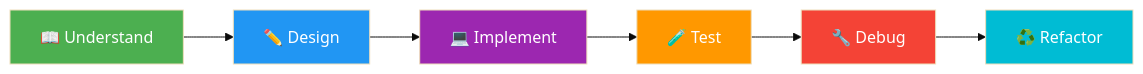
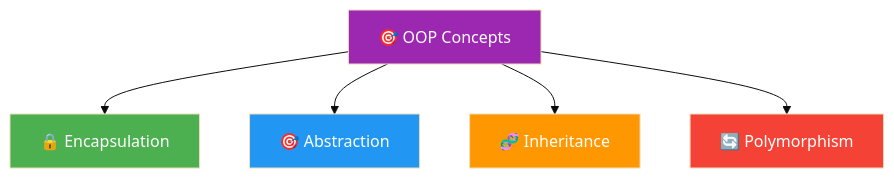
One commit to Lagmouchyoussef/java-oop-bank-library changed the first of 4 diagrams in README.md. Above: the diagram before and after it, drawn with Mermaid (base theme). The commit also changed other lines of this file, not shown here.

````diff
--- a/README.md
+++ b/README.md
@@ -273,15 +52,13 @@
 ```mermaid
-flowchart LR
-    A[📖 Understand] --> B[✏️ Design]
-    B --> C[💻 Implement]
-    C --> D[🧪 Test]
-    D --> E[🔧 Debug]
-    E --> F[♻️ Refactor]
+flowchart TB
+    OOP[🎯 OOP Concepts] --> Enc[🔒 Encapsulation]
+    OOP --> Abs[🎯 Abstraction]
+    OOP --> Inh[🧬 Inheritance]
+    OOP --> Poly[🔄 Polymorphism]
     
-    style A fill:#4CAF50,color:#fff
-    style B fill:#2196F3,color:#fff
-    style C fill:#9C27B0,color:#fff
-    style D fill:#FF9800,color:#fff
-    style E fill:#f44336,color:#fff
-    style F fill:#00BCD4,color:#fff
+    style OOP fill:#9C27B0,color:#fff
+    style Enc fill:#4CAF50,color:#fff
+    style Abs fill:#2196F3,color:#fff
+    style Inh fill:#FF9800,color:#fff
+    style Poly fill:#f44336,color:#fff
 ```
````
